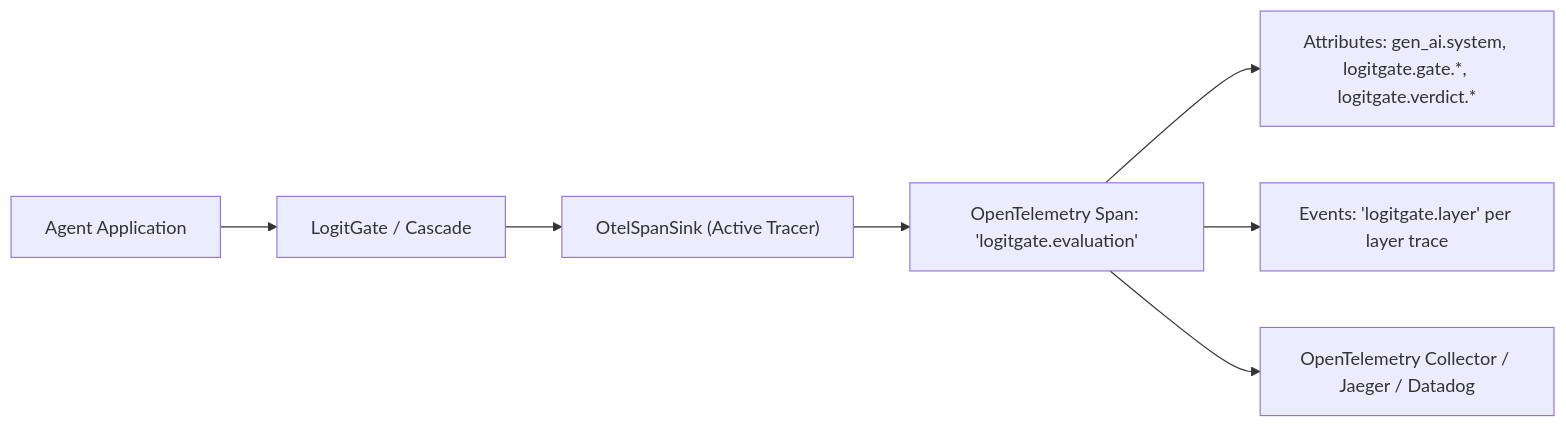
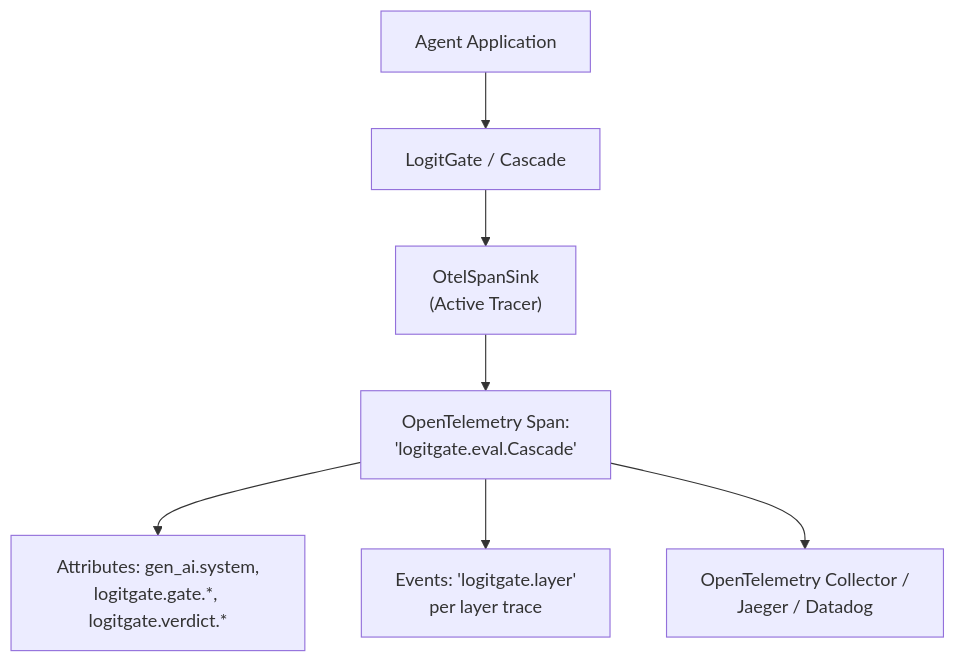
One commit to jasonbdly/LogitGate changed the diagram in docs/integrations.md. Above: the diagram before and after it, drawn with Mermaid. The commit also changed other lines of this file and 24 other files, not shown here.

````diff
--- a/docs/integrations.md
+++ b/docs/integrations.md
@@ -235,9 +246,9 @@
 ```mermaid
-flowchart LR
+flowchart TD
     app["Agent Application"] --> gate["LogitGate / Cascade"]
-    gate --> otel["OtelSpanSink (Active Tracer)"]
-    otel --> span["OpenTelemetry Span: 'logitgate.evaluation'"]
-    span --> attr["Attributes: gen_ai.system, logitgate.gate.*, logitgate.verdict.*"]
-    span --> events["Events: 'logitgate.layer' per layer trace"]
-    span --> collector["OpenTelemetry Collector / Jaeger / Datadog"]
+    gate --> otel["OtelSpanSink<br/>(Active Tracer)"]
+    otel --> span["OpenTelemetry Span:<br/>'logitgate.eval.Cascade'"]
+    span --> attr["Attributes: gen_ai.system,<br/>logitgate.gate.*, logitgate.verdict.*"]
+    span --> events["Events: 'logitgate.layer'<br/>per layer trace"]
+    span --> collector["OpenTelemetry Collector /<br/>Jaeger / Datadog"]
 ```
````
